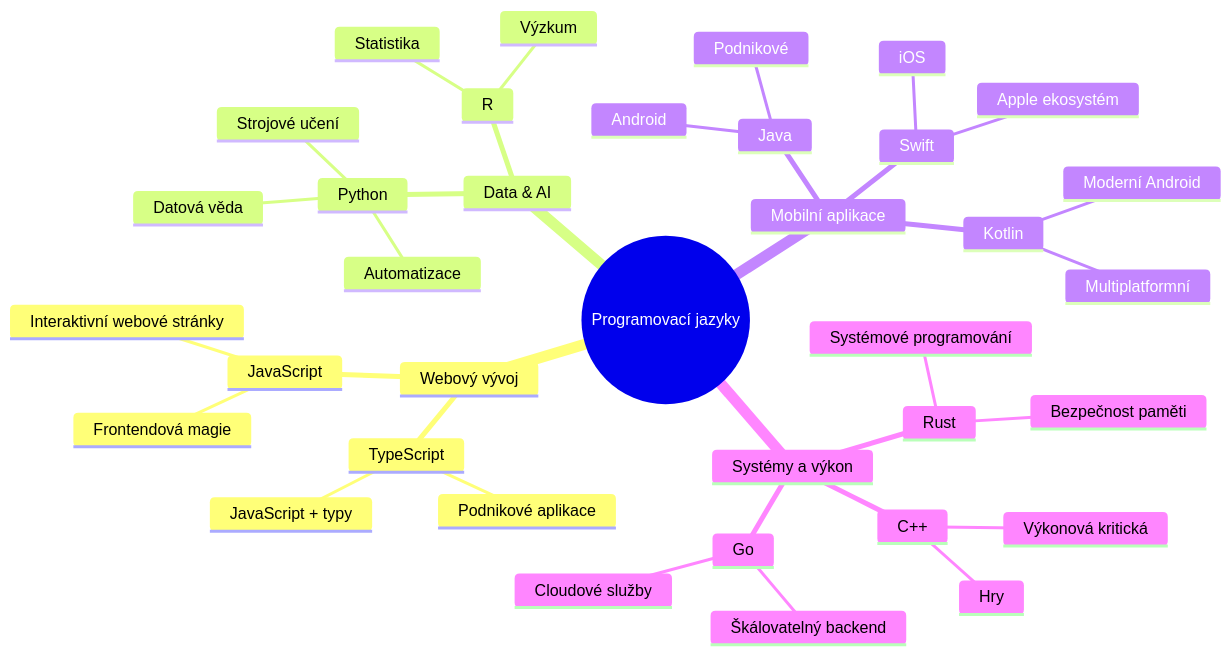
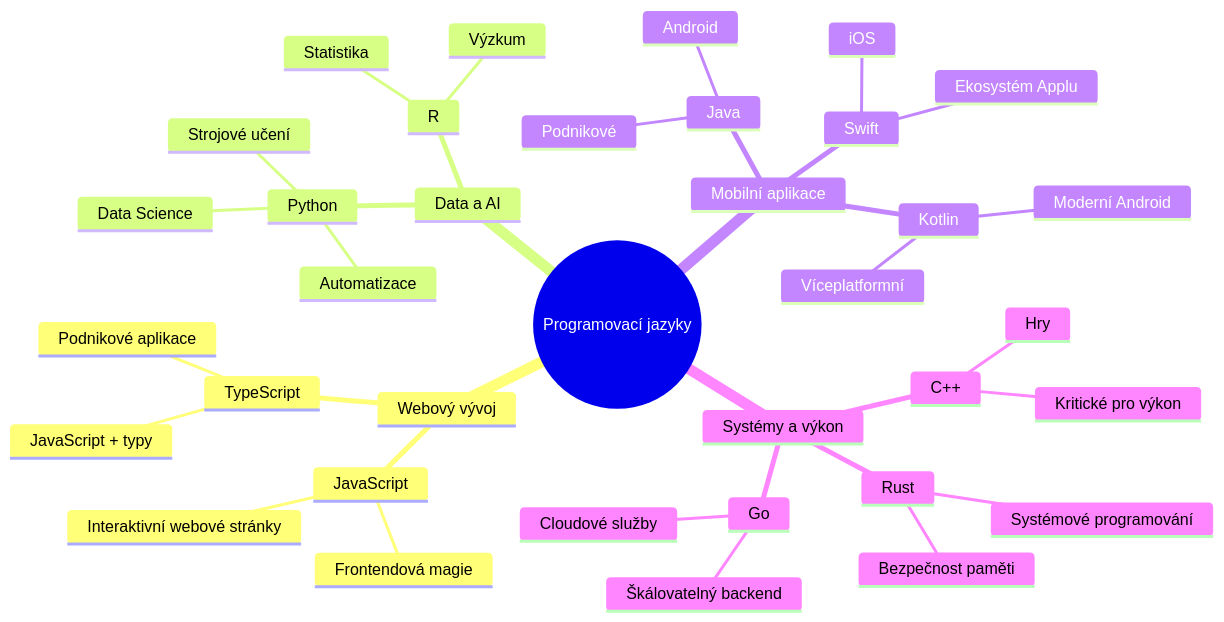
One commit to microsoft/Web-Dev-For-Beginners changed the second of 7 diagrams in translations/cs/1-getting-started-lessons/1-intro-to-programming-languages/README.md. Above: the diagram before and after it, drawn with Mermaid. The commit also changed other lines of this file and 8 other files, not shown here.

````diff
--- a/translations/cs/1-getting-started-lessons/1-intro-to-programming-languages/README.md
+++ b/translations/cs/1-getting-started-lessons/1-intro-to-programming-languages/README.md
@@ -85,39 +85,39 @@
 ```mermaid
 mindmap
   root((Programovací jazyky))
     Webový vývoj
       JavaScript
         Frontendová magie
         Interaktivní webové stránky
       TypeScript
         JavaScript + typy
         Podnikové aplikace
-    Data & AI
+    Data a AI
       Python
-        Datová věda
+        Data Science
         Strojové učení
         Automatizace
       R
         Statistika
         Výzkum
     Mobilní aplikace
       Java
         Android
         Podnikové
       Swift
         iOS
-        Apple ekosystém
+        Ekosystém Applu
       Kotlin
         Moderní Android
-        Multiplatformní
+        Víceplatformní
     Systémy a výkon
       C++
         Hry
-        Výkonová kritická
+        Kritické pro výkon
       Rust
         Bezpečnost paměti
         Systémové programování
       Go
         Cloudové služby
         Škálovatelný backend
 ```
````
